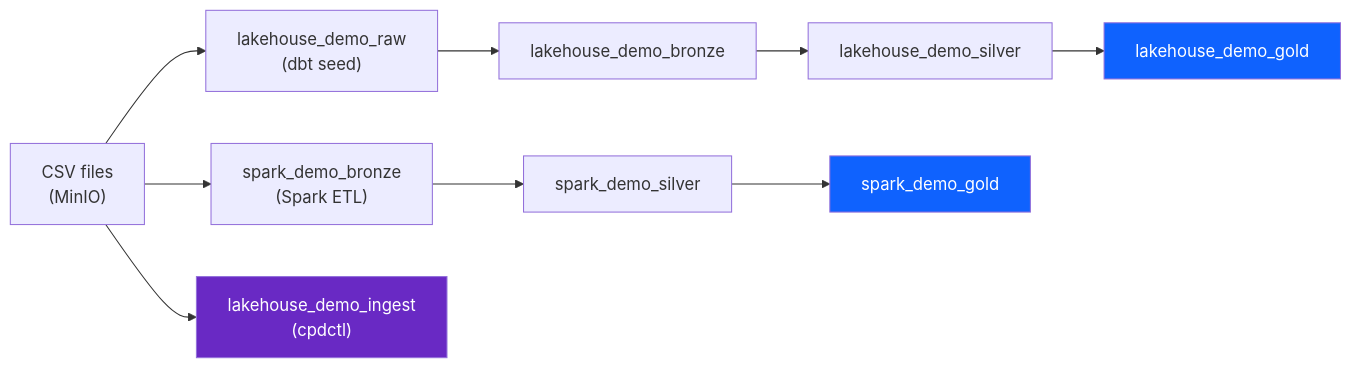
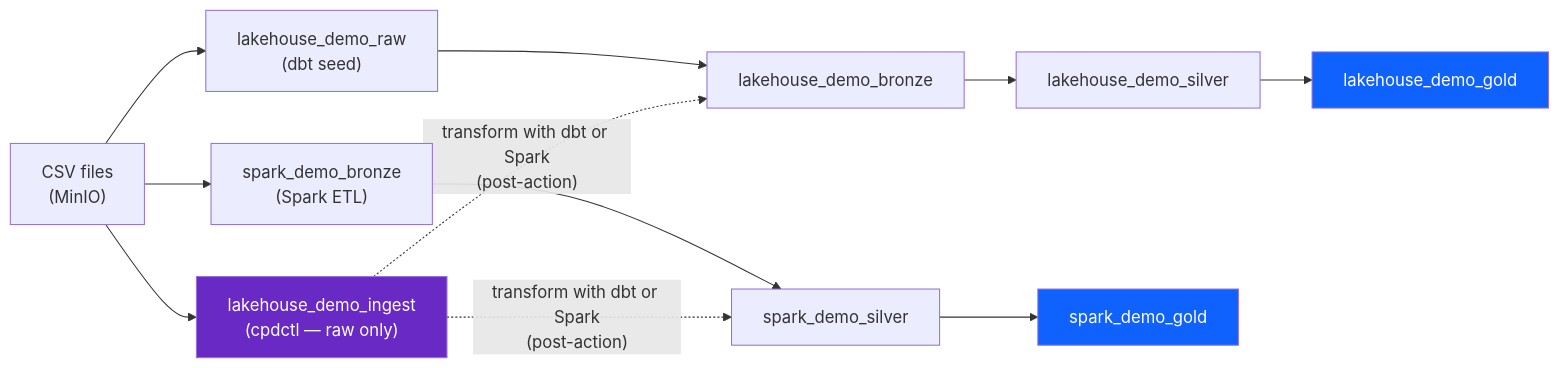
Before and after one commit to aseelert/ibmas-watsonxdata-dbt: the diagram in docs/sql-demo.md, drawn with Mermaid. The commit also changed other lines of this file and 12 other files, not shown here.

First line of the commit message:
docs: reframe cpdctl as ingest-only loader, fix conceptual model + aged statements

````diff
--- a/docs/sql-demo.md
+++ b/docs/sql-demo.md
@@ -51,19 +52,22 @@
 ```mermaid
 flowchart LR
     CSV["CSV files\n(MinIO)"]
 
     CSV --> dbt_raw["lakehouse_demo_raw\n(dbt seed)"]
     CSV --> sp_bz["spark_demo_bronze\n(Spark ETL)"]
-    CSV --> ingest["lakehouse_demo_ingest\n(cpdctl)"]
+    CSV --> ingest["lakehouse_demo_ingest\n(cpdctl — raw only)"]
 
     dbt_raw --> dbt_bz["lakehouse_demo_bronze"]
     dbt_bz  --> dbt_sv["lakehouse_demo_silver"]
     dbt_sv  --> dbt_gd["lakehouse_demo_gold"]
 
     sp_bz   --> sp_sv["spark_demo_silver"]
     sp_sv   --> sp_gd["spark_demo_gold"]
 
+    ingest -. "transform with dbt or Spark\n(post-action)" .-> dbt_bz
+    ingest -. "transform with dbt or Spark\n(post-action)" .-> sp_sv
+
     style dbt_gd fill:#0f62fe,color:#fff
     style sp_gd  fill:#0f62fe,color:#fff
     style ingest fill:#6929c4,color:#fff
 ```
````
